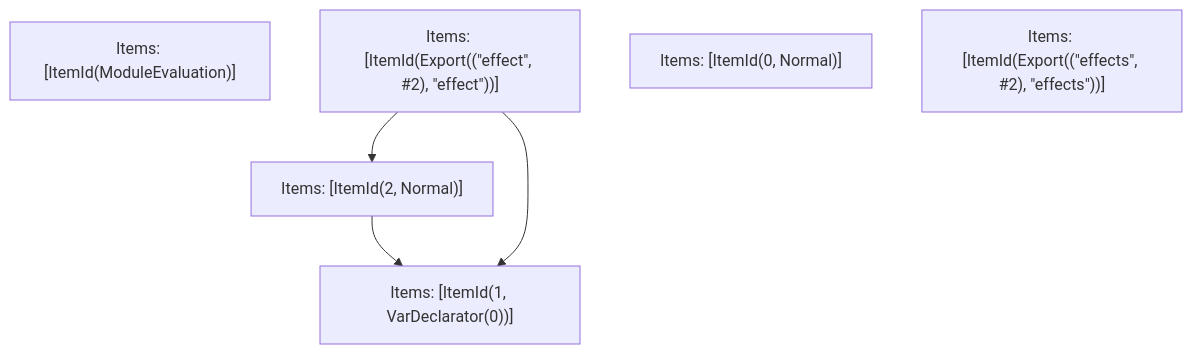
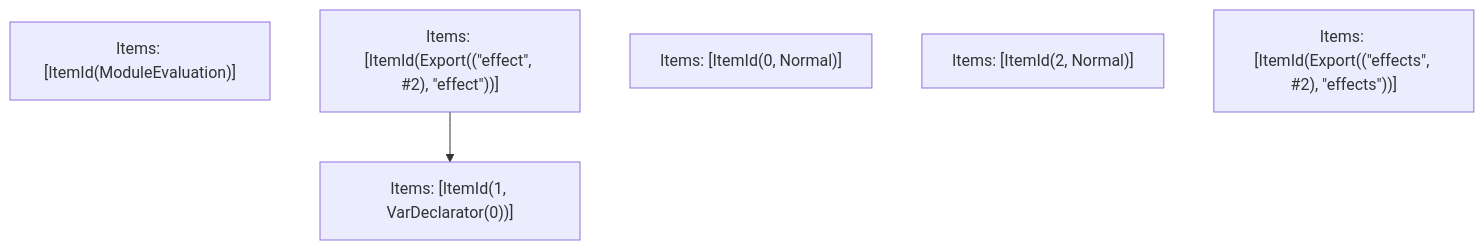
Before and after one commit to Sonar-UX-Testing-FreePlan/next.js: the fifth of 5 diagrams in turbopack/crates/turbopack-ecmascript/tests/tree-shaker/analyzer/tla-1/output.md, drawn with Mermaid. The commit also changed other lines of this file and 30 other files, not shown here.

````diff
--- a/turbopack/crates/turbopack-ecmascript/tests/tree-shaker/analyzer/tla-1/output.md
+++ b/turbopack/crates/turbopack-ecmascript/tests/tree-shaker/analyzer/tla-1/output.md
@@ -103,12 +103,10 @@
 ```mermaid
 graph TD
     N0["Items: [ItemId(ModuleEvaluation)]"];
     N1["Items: [ItemId(Export((&quot;effect&quot;, #2), &quot;effect&quot;))]"];
     N2["Items: [ItemId(1, VarDeclarator(0))]"];
-    N3["Items: [ItemId(2, Normal)]"];
-    N4["Items: [ItemId(0, Normal)]"];
+    N3["Items: [ItemId(0, Normal)]"];
+    N4["Items: [ItemId(2, Normal)]"];
     N5["Items: [ItemId(Export((&quot;effects&quot;, #2), &quot;effects&quot;))]"];
-    N3 --> N2;
-    N1 --> N3;
     N1 --> N2;
 ```
````
